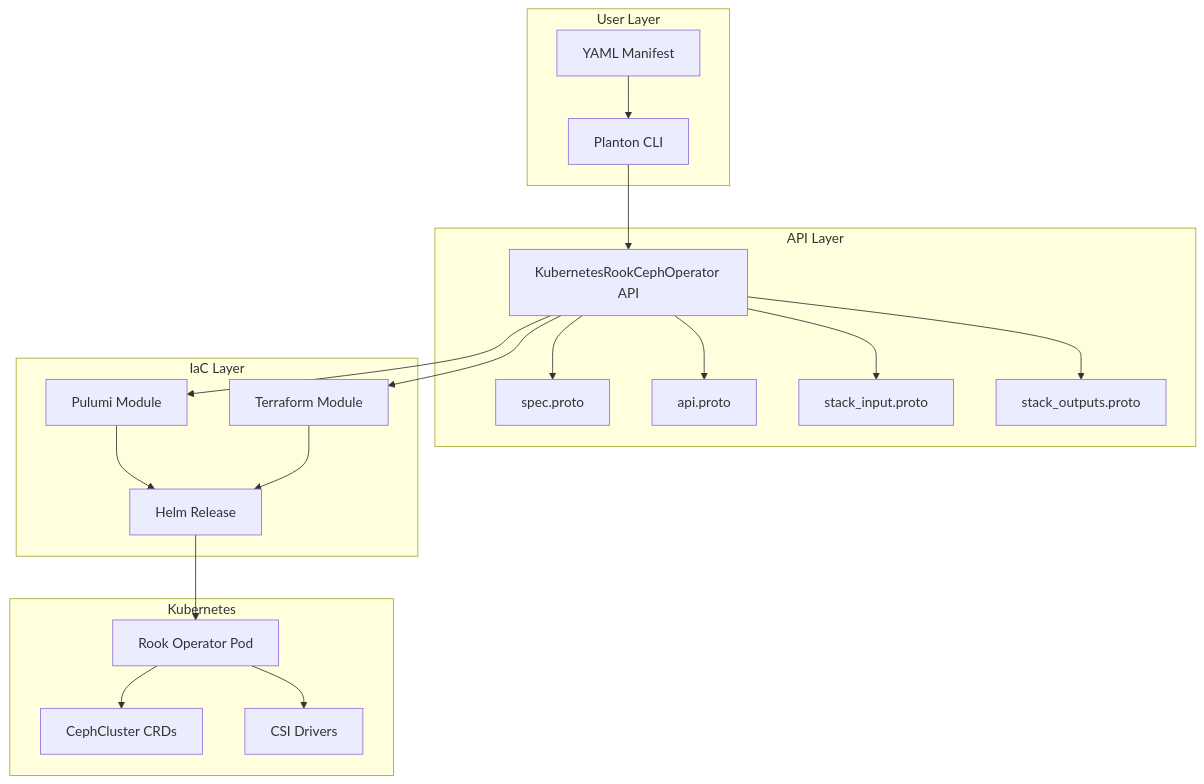
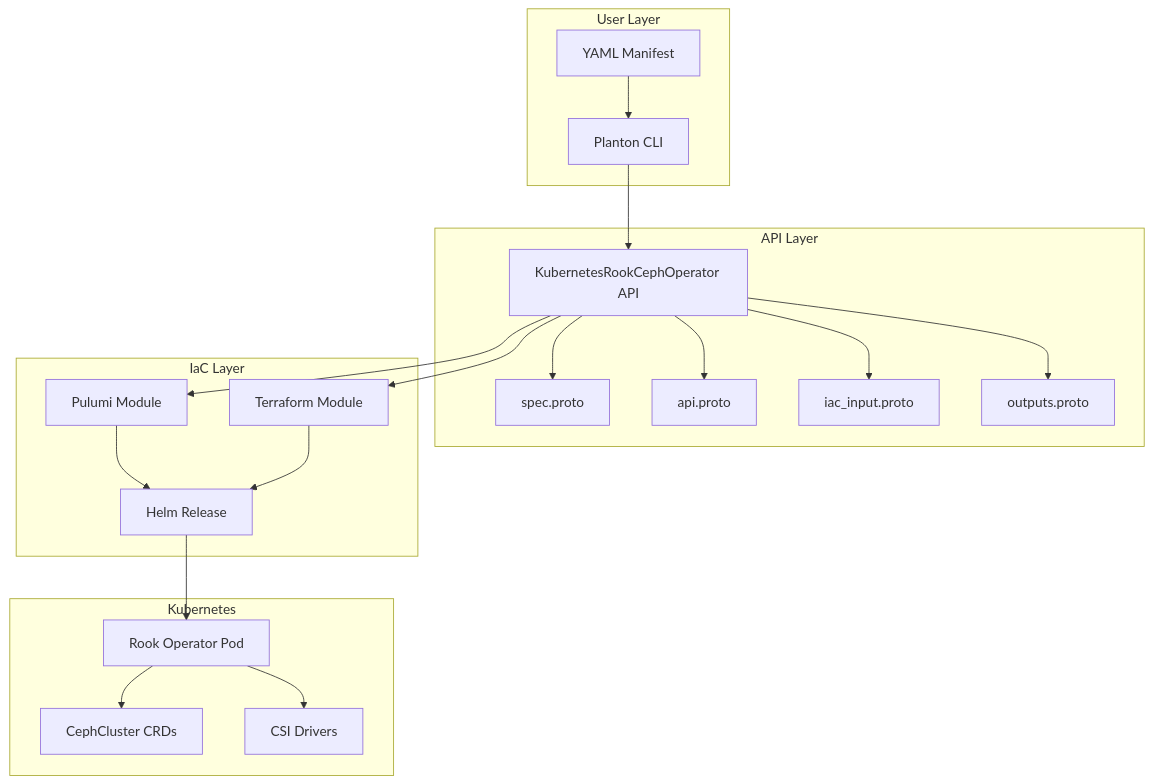
One commit to plantonhq/planton changed the diagram in _changelog/2026-01/2026-01-23-225900-kubernetes-rook-ceph-operator-component.md. Above: the diagram before and after it, drawn with Mermaid. The commit also changed other lines of this file and 19058 other files, not shown here.

First line of the commit message:
refactor: one word per idea across the catalog -- catalog kinds and catalog objects, InfraComponent, InfraStack, InfraJob, IacInput and Outputs

````diff
--- a/_changelog/2026-01/2026-01-23-225900-kubernetes-rook-ceph-operator-component.md
+++ b/_changelog/2026-01/2026-01-23-225900-kubernetes-rook-ceph-operator-component.md
@@ -28,28 +28,28 @@
 ```mermaid
 flowchart TB
     subgraph "User Layer"
         A[YAML Manifest] --> B[Planton CLI]
     end
     
     subgraph "API Layer"
         B --> C[KubernetesRookCephOperator API]
         C --> D[spec.proto]
         C --> E[api.proto]
-        C --> F[stack_input.proto]
-        C --> G[stack_outputs.proto]
+        C --> F[iac_input.proto]
+        C --> G[outputs.proto]
     end
     
     subgraph "IaC Layer"
         H[Pulumi Module] --> I[Helm Release]
         J[Terraform Module] --> I
     end
     
     subgraph "Kubernetes"
         I --> K[Rook Operator Pod]
         K --> L[CephCluster CRDs]
         K --> M[CSI Drivers]
     end
     
     C --> H
     C --> J
 ```
````
